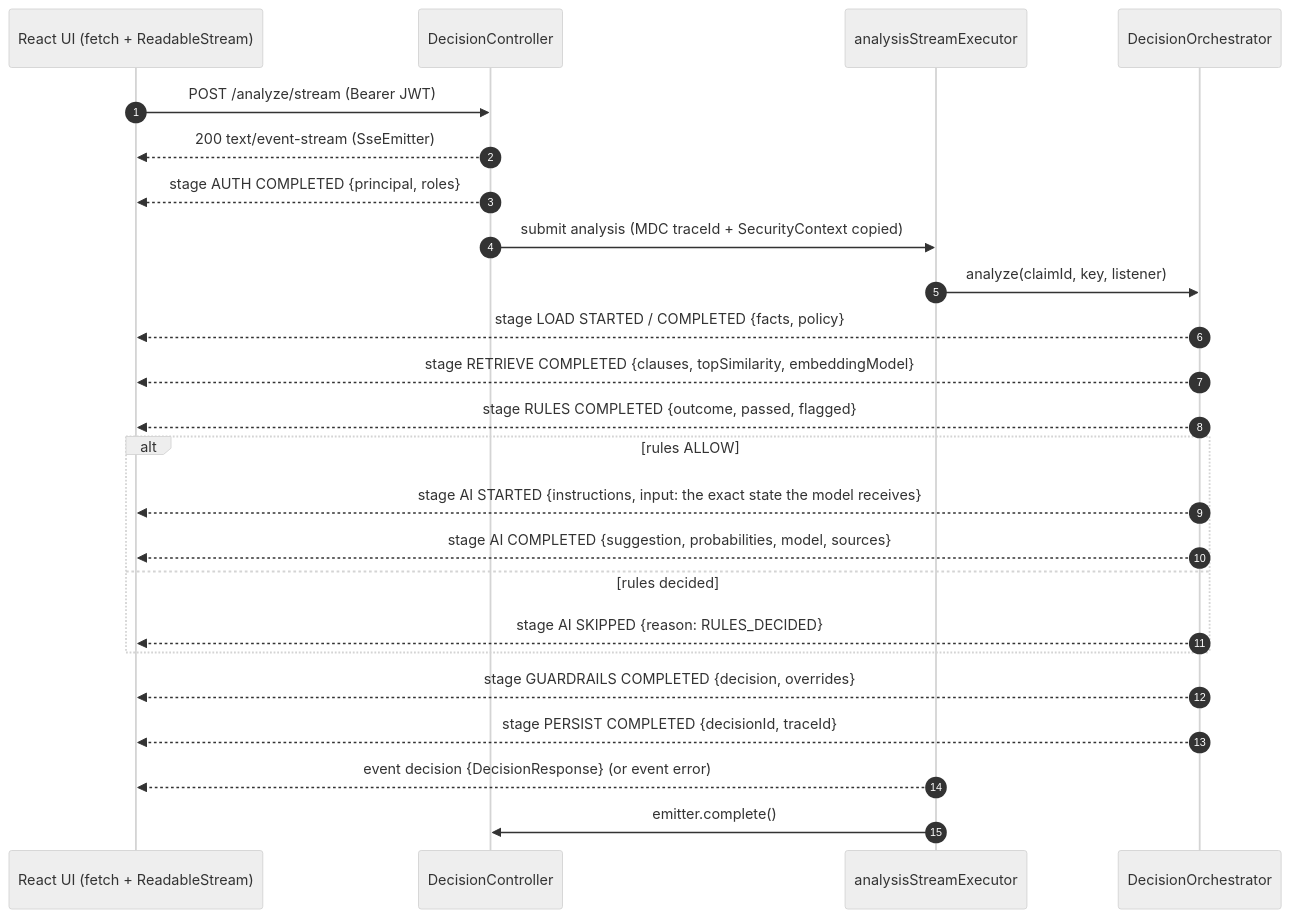
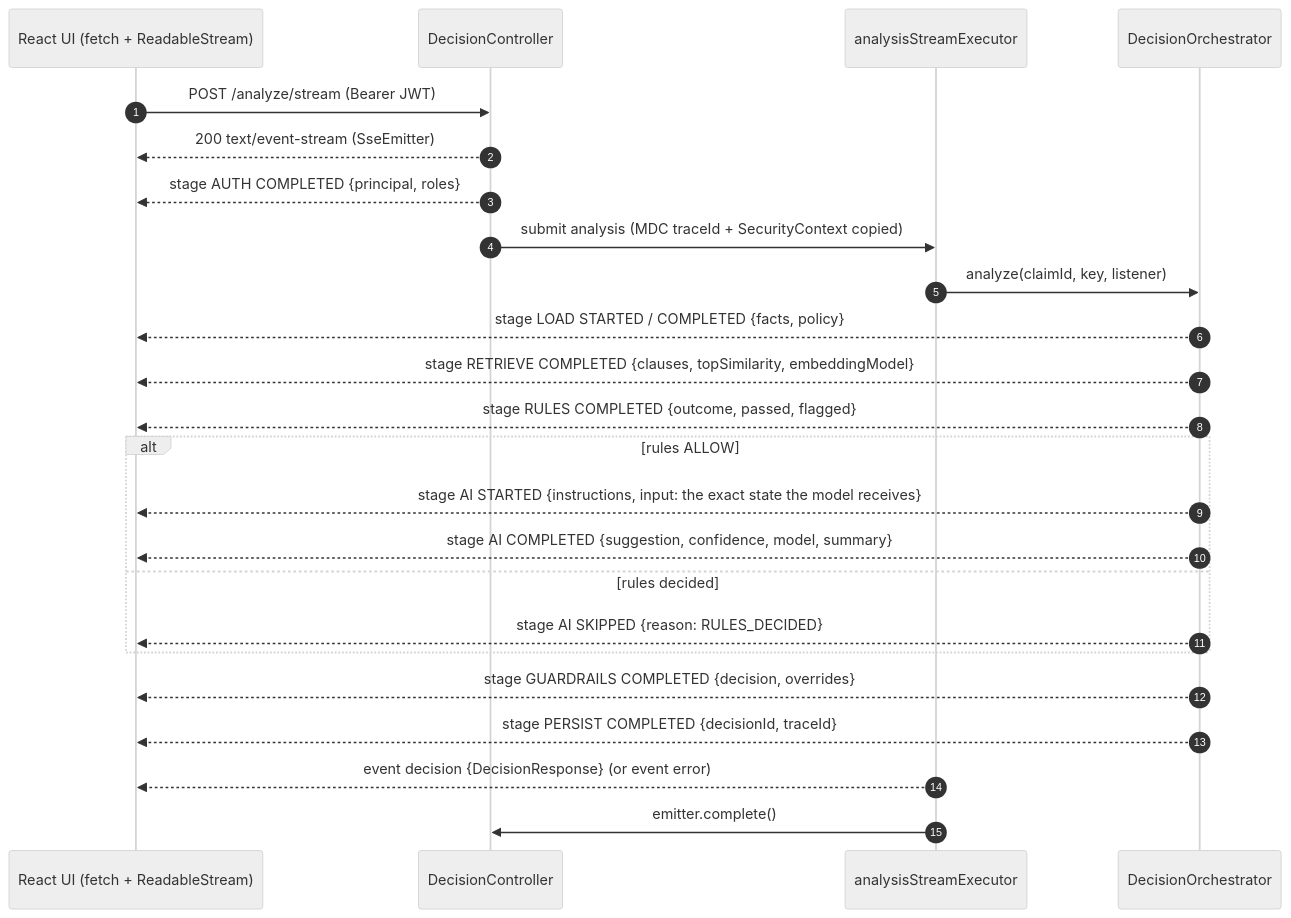
The fifth of 14 diagrams in PROJECT.md (arshdeep3010/health-claim-decision-agent), drawn with Mermaid (neutral theme) before and after one commit. The commit also changed other lines of this file and 2 other files, not shown here.

Commit message:
Docs: AI judge is Nemotron 3.5 Bolt on NVIDIA NIM; decision model kept as an optional engine

````diff
--- a/PROJECT.md
+++ b/PROJECT.md
@@ -317,27 +301,27 @@
 ```mermaid
 sequenceDiagram
   autonumber
   participant UI as React UI (fetch + ReadableStream)
   participant C as DecisionController
   participant X as analysisStreamExecutor
   participant O as DecisionOrchestrator
 
   UI->>C: POST /analyze/stream (Bearer JWT)
   C-->>UI: 200 text/event-stream (SseEmitter)
   C-->>UI: stage AUTH COMPLETED {principal, roles}
   C->>X: submit analysis (MDC traceId + SecurityContext copied)
   X->>O: analyze(claimId, key, listener)
   O-->>UI: stage LOAD STARTED / COMPLETED {facts, policy}
   O-->>UI: stage RETRIEVE COMPLETED {clauses, topSimilarity, embeddingModel}
   O-->>UI: stage RULES COMPLETED {outcome, passed, flagged}
   alt rules ALLOW
     O-->>UI: stage AI STARTED {instructions, input: the exact state the model receives}
-    O-->>UI: stage AI COMPLETED {suggestion, probabilities, model, sources}
+    O-->>UI: stage AI COMPLETED {suggestion, confidence, model, summary}
   else rules decided
     O-->>UI: stage AI SKIPPED {reason: RULES_DECIDED}
   end
   O-->>UI: stage GUARDRAILS COMPLETED {decision, overrides}
   O-->>UI: stage PERSIST COMPLETED {decisionId, traceId}
   X-->>UI: event decision {DecisionResponse}  (or event error)
   X->>C: emitter.complete()
 ```
````
